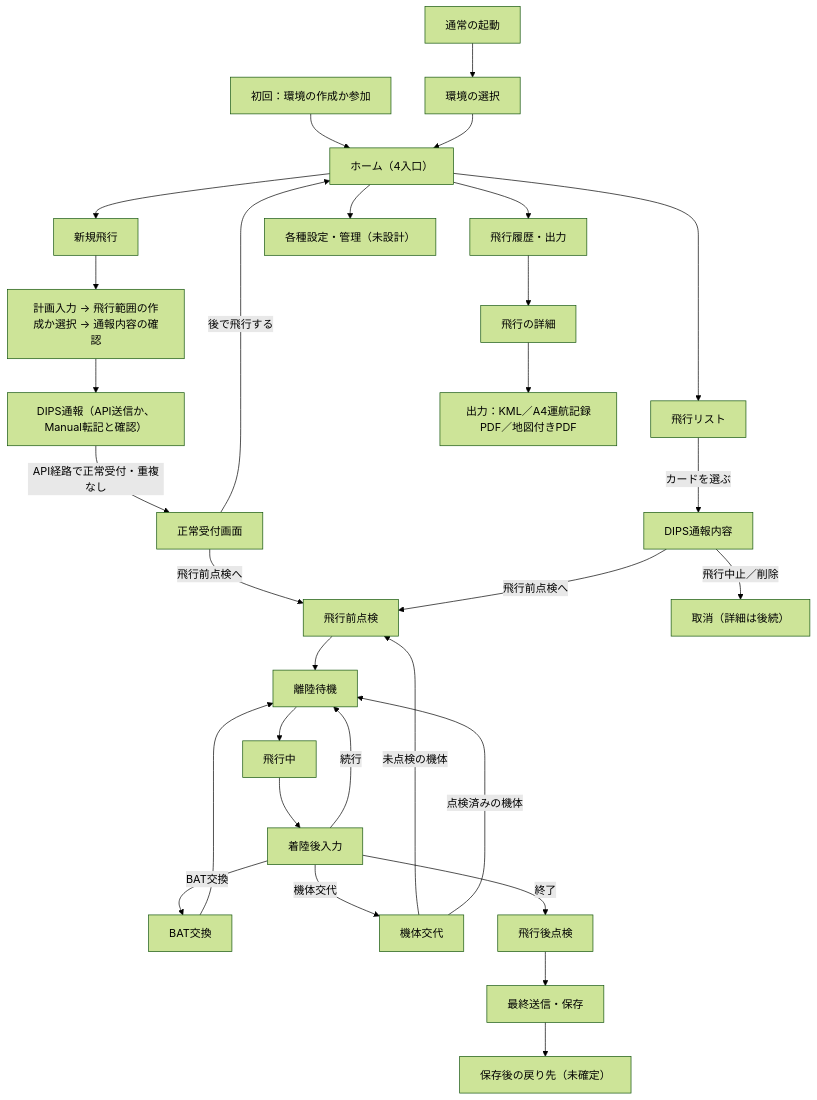
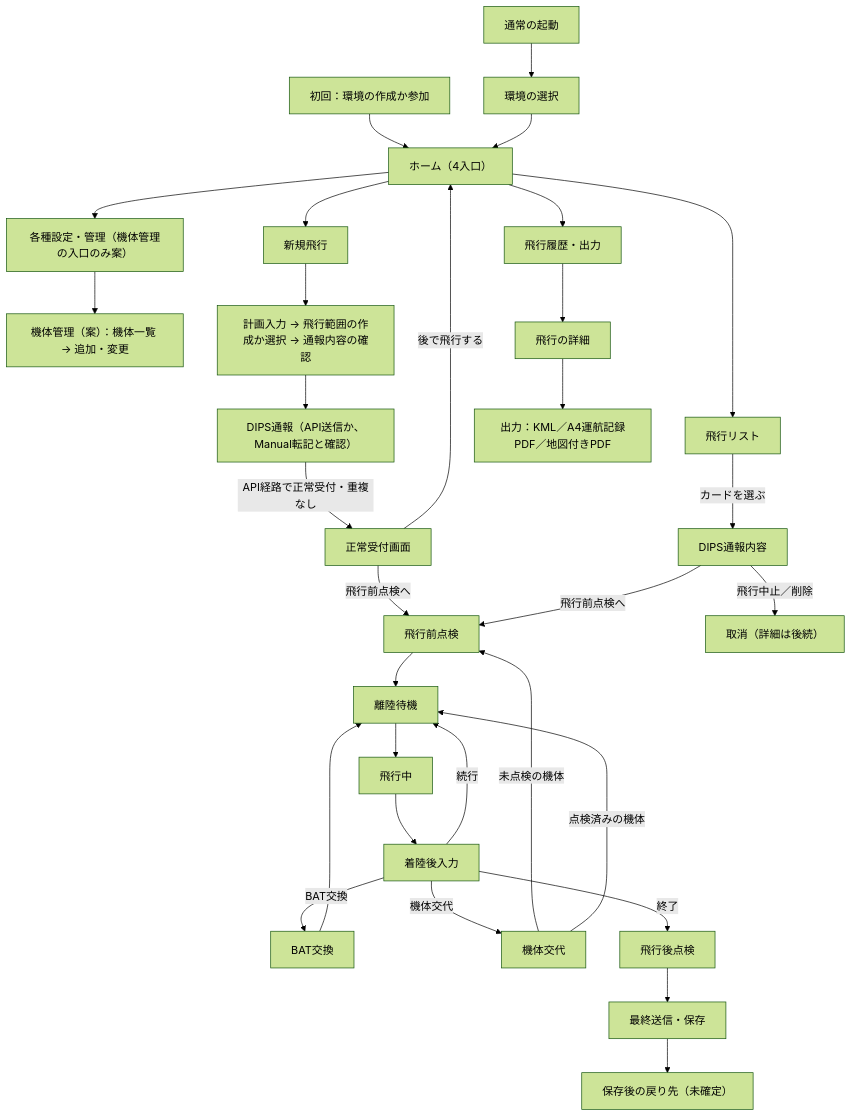
One commit to ikifuse/drone-flight-ops changed the diagram in docs/architecture/presentation/34f_screen-map-and-design-coverage.md. Above: the diagram before and after it, drawn with Mermaid (forest theme). The commit also changed other lines of this file and 22 other files, not shown here.

````diff
--- a/docs/architecture/presentation/34f_screen-map-and-design-coverage.md
+++ b/docs/architecture/presentation/34f_screen-map-and-design-coverage.md
@@ -14,26 +14,27 @@
 ```mermaid
 flowchart TD
   FIRST["初回：環境の作成か参加"] --> HOME
   START["通常の起動"] --> ENV["環境の選択"] --> HOME["ホーム（4入口）"]
   HOME --> NEW["新規飛行"]
   HOME --> LIST["飛行リスト"]
   HOME --> HIST["飛行履歴・出力"]
-  HOME --> SET["各種設定・管理（未設計）"]
+  HOME --> SET["各種設定・管理（機体管理の入口のみ案）"]
+  SET --> AIR["機体管理（案）：機体一覧 → 追加・変更"]
   NEW --> PLAN["計画入力 → 飛行範囲の作成か選択 → 通報内容の確認"]
   PLAN --> SEND["DIPS通報（API送信か、Manual転記と確認）"]
   SEND -->|"API経路で正常受付・重複なし"| ACC["正常受付画面"]
   ACC -->|"飛行前点検へ"| PRE
   ACC -->|"後で飛行する"| HOME
   LIST -->|"カードを選ぶ"| CONTENT["DIPS通報内容"]
   CONTENT -->|"飛行前点検へ"| PRE["飛行前点検"]
   CONTENT -->|"飛行中止／削除"| CANCEL["取消（詳細は後続）"]
   PRE --> STBY["離陸待機"] --> FLY["飛行中"] --> LAND["着陸後入力"]
   LAND -->|"続行"| STBY
   LAND -->|"BAT交換"| BAT["BAT交換"] --> STBY
   LAND -->|"機体交代"| SWITCH["機体交代"]
   SWITCH -->|"未点検の機体"| PRE
   SWITCH -->|"点検済みの機体"| STBY
   LAND -->|"終了"| POST["飛行後点検"] --> FINAL["最終送信・保存"]
   FINAL --> AFTER["保存後の戻り先（未確定）"]
   HIST --> DETAIL["飛行の詳細"] --> OUT["出力：KML／A4運航記録PDF／地図付きPDF"]
 ```
````
